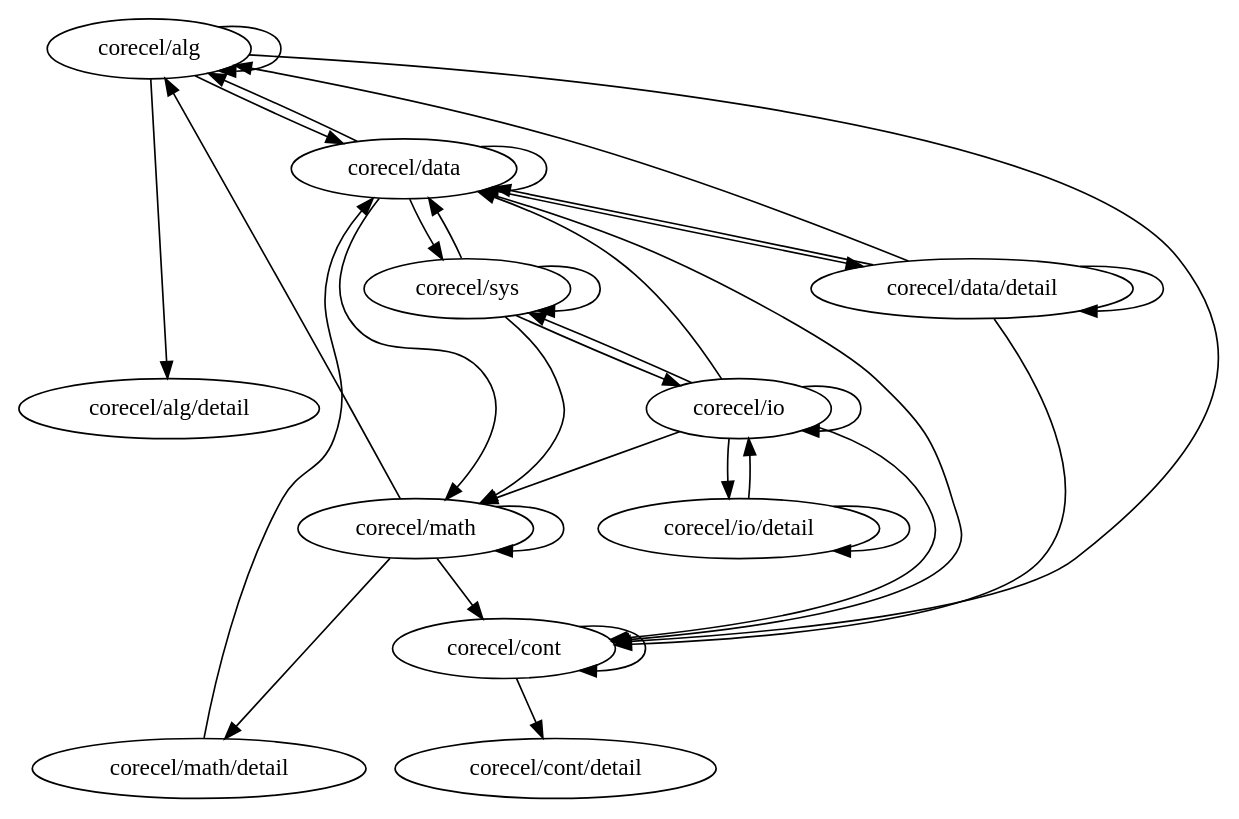
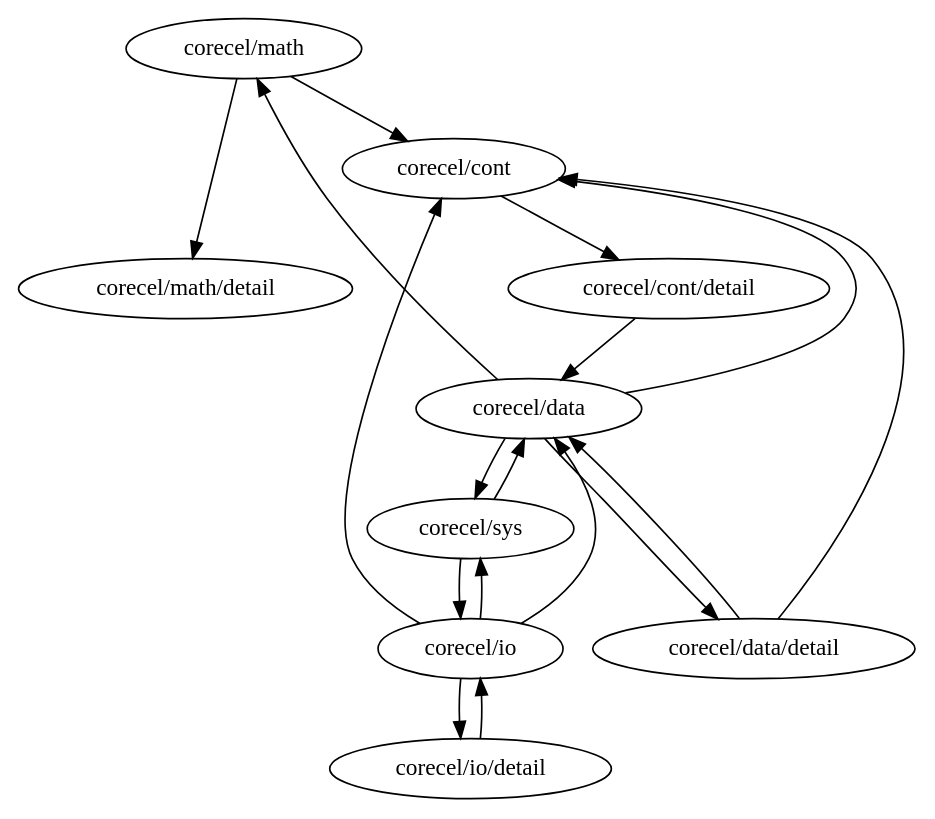
One commit to simbarras/celeritas-docs changed the diagram in nb/admin/fig/core.dot. Above: the diagram before and after it, drawn with Graphviz. The commit also changed 17 other files, not shown here.

```diff
--- a/nb/admin/fig/core.dot
+++ b/nb/admin/fig/core.dot
@@ -1,40 +1,19 @@
 digraph packages {
-// margin=0.0
-// mindist=0.1
-//  rankdir=TB
-// nodesep="+0.05,0.5"
-// size="36,36"
-"corecel/alg" -> "corecel/alg/detail" [weight=0.333] // [0.3333333333333333]
-"corecel/cont" -> "corecel/cont" [weight=0.625] // [0.5, 0.5, 0.5, 1.0]
-"corecel/math" -> "corecel/alg" [weight=0.167] // [0.16666666666666666]
+"corecel/math" -> "corecel/math/detail" [weight=0.250] // [0.3333333333333333, 0.16666666666666666, 0.25]
 "corecel/math" -> "corecel/cont" [weight=0.167] // [0.16666666666666666]
-"corecel/math" -> "corecel/math" [weight=0.250] // [0.16666666666666666, 0.3333333333333333, 0.25]
-"corecel/math" -> "corecel/math/detail" [weight=0.472] // [0.16666666666666666, 1.0, 0.25]
-"corecel/alg" -> "corecel/alg" [weight=0.417] // [0.25, 0.5, 0.5]
-"corecel/data" -> "corecel/data" [weight=0.400] // [0.2, 0.3333333333333333, 1.0, 0.3333333333333333, 0.2, 0.3333333333333333]
-"corecel/data" -> "corecel/math" [weight=0.200] // [0.2]
+"corecel/data" -> "corecel/cont" [weight=0.300] // [0.2, 0.3333333333333333, 0.3333333333333333, 0.3333333333333333]
 "corecel/data" -> "corecel/data/detail" [weight=0.300] // [0.2, 0.3333333333333333, 0.3333333333333333, 0.3333333333333333]
-"corecel/data" -> "corecel/alg" [weight=0.333] // [0.3333333333333333]
-"corecel/data" -> "corecel/sys" [weight=0.267] // [0.3333333333333333, 0.2]
-"corecel/io" -> "corecel/io" [weight=0.414] // [0.5, 0.2, 0.5, 0.3333333333333333, 0.5, 0.25, 1.0, 0.14285714285714285, 0.5, 0.5, 0.3333333333333333, 0.3333333333333333, 0.2, 0.5]
-"corecel/io" -> "corecel/sys" [weight=0.298] // [0.5, 0.25, 0.14285714285714285]
-"corecel/alg" -> "corecel/cont" [weight=0.333] // [0.3333333333333333]
-"corecel/data" -> "corecel/cont" [weight=0.333] // [0.3333333333333333, 0.3333333333333333]
+"corecel/data" -> "corecel/sys" [weight=0.333] // [0.3333333333333333]
 "corecel/io" -> "corecel/io/detail" [weight=0.567] // [1.0, 0.2, 0.5]
-"corecel/sys" -> "corecel/sys" [weight=0.509] // [0.5, 0.16666666666666666, 1.0, 0.5, 0.16666666666666666, 0.5, 1.0, 0.5, 0.5, 0.2, 0.3333333333333333, 1.0, 0.25]
-"corecel/sys" -> "corecel/data" [weight=0.333] // [0.16666666666666666, 0.5]
+"corecel/sys" -> "corecel/data" [weight=0.321] // [0.14285714285714285, 0.5]
+"corecel/cont" -> "corecel/cont/detail" [weight=0.750] // [1.0, 0.5]
 "corecel/io" -> "corecel/cont" [weight=0.350] // [0.2, 0.5]
 "corecel/io" -> "corecel/data" [weight=0.200] // [0.2]
-"corecel/cont" -> "corecel/cont/detail" [weight=0.500] // [0.5]
-"corecel/alg" -> "corecel/data" [weight=0.200] // [0.2]
-"corecel/data/detail" -> "corecel/alg" [weight=0.200] // [0.2]
+"corecel/io" -> "corecel/sys" [weight=0.250] // [0.25]
+"corecel/data" -> "corecel/math" [weight=0.500] // [0.5]
 "corecel/data/detail" -> "corecel/data" [weight=0.200] // [0.2]
 "corecel/data/detail" -> "corecel/cont" [weight=0.225] // [0.2, 0.25]
-"corecel/data/detail" -> "corecel/data/detail" [weight=1.000] // [1.0]
-"corecel/math/detail" -> "corecel/data" [weight=0.333] // [0.3333333333333333]
-"corecel/io/detail" -> "corecel/io/detail" [weight=0.500] // [0.5, 0.5]
-"corecel/sys" -> "corecel/io" [weight=0.423] // [0.5, 1.0, 0.16666666666666666, 0.2, 0.25]
-"corecel/sys" -> "corecel/math" [weight=0.267] // [0.2, 0.3333333333333333]
-"corecel/io" -> "corecel/math" [weight=0.171] // [0.14285714285714285, 0.2]
+"corecel/cont/detail" -> "corecel/data" [weight=0.333] // [0.3333333333333333]
+"corecel/sys" -> "corecel/io" [weight=1.000] // [1.0]
 "corecel/io/detail" -> "corecel/io" [weight=1.000] // [1.0]
 }
```
